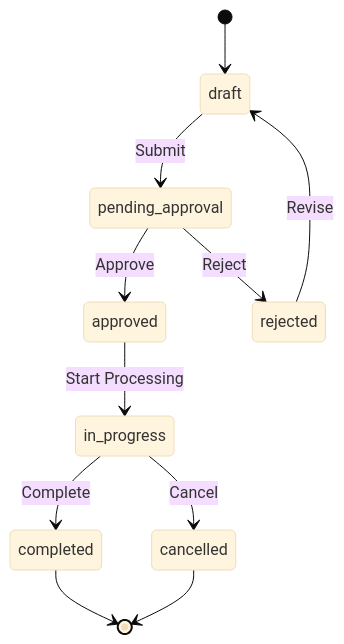
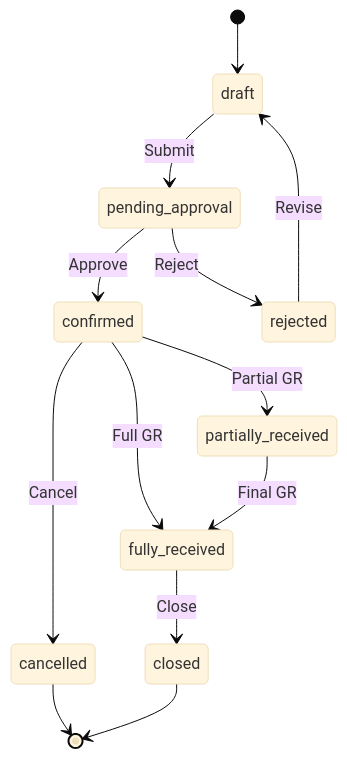
The fourth of 4 diagrams in docs/database/10_pipeline_design.md (gmedia/erp), drawn with Mermaid (base theme) before and after one commit. The commit also changed other lines of this file and 2 other files, not shown here.

Commit message:
feat: Introduce pipeline versioning, structured error responses, and revised PO flow; enhance approval flows with unique codes, detailed conditions, and escalation.

````diff
--- a/docs/database/10_pipeline_design.md
+++ b/docs/database/10_pipeline_design.md
@@ -379,13 +402,15 @@
 ```mermaid
 stateDiagram-v2
     [*] --> draft
     draft --> pending_approval : Submit
-    pending_approval --> approved : Approve
+    pending_approval --> confirmed : Approve
     pending_approval --> rejected : Reject
     rejected --> draft : Revise
-    approved --> in_progress : Start Processing
-    in_progress --> completed : Complete
-    in_progress --> cancelled : Cancel
-    completed --> [*]
+    confirmed --> partially_received : Partial GR
+    confirmed --> fully_received : Full GR
+    confirmed --> cancelled : Cancel
+    partially_received --> fully_received : Final GR
+    fully_received --> closed : Close
     cancelled --> [*]
+    closed --> [*]
 ```
````
